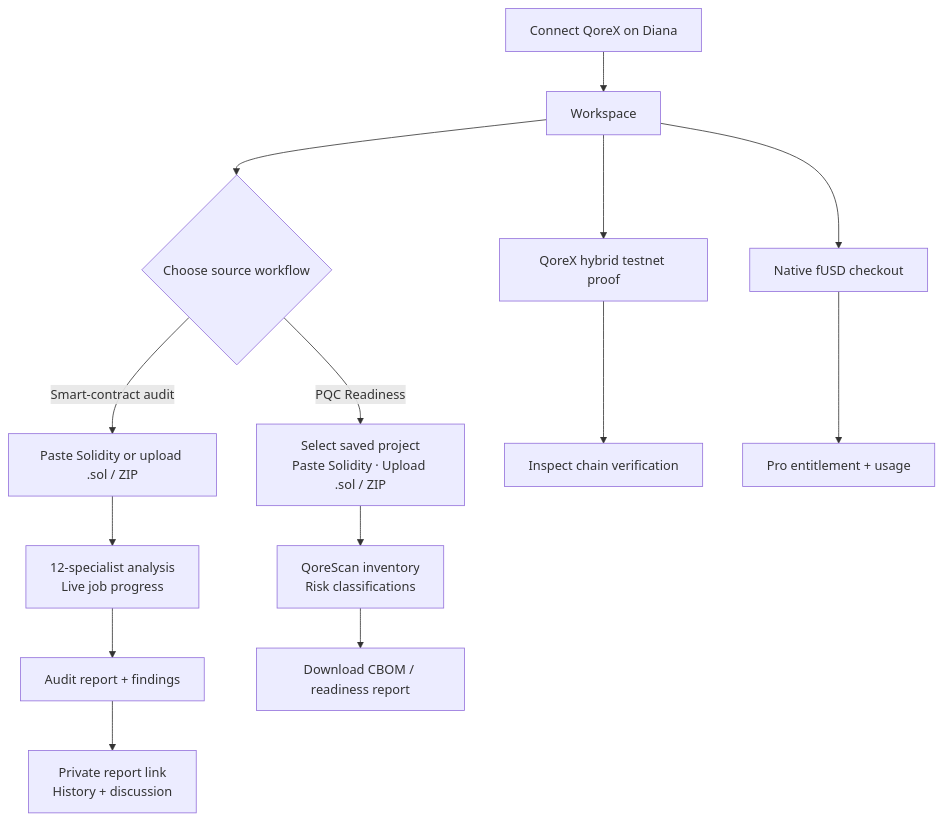
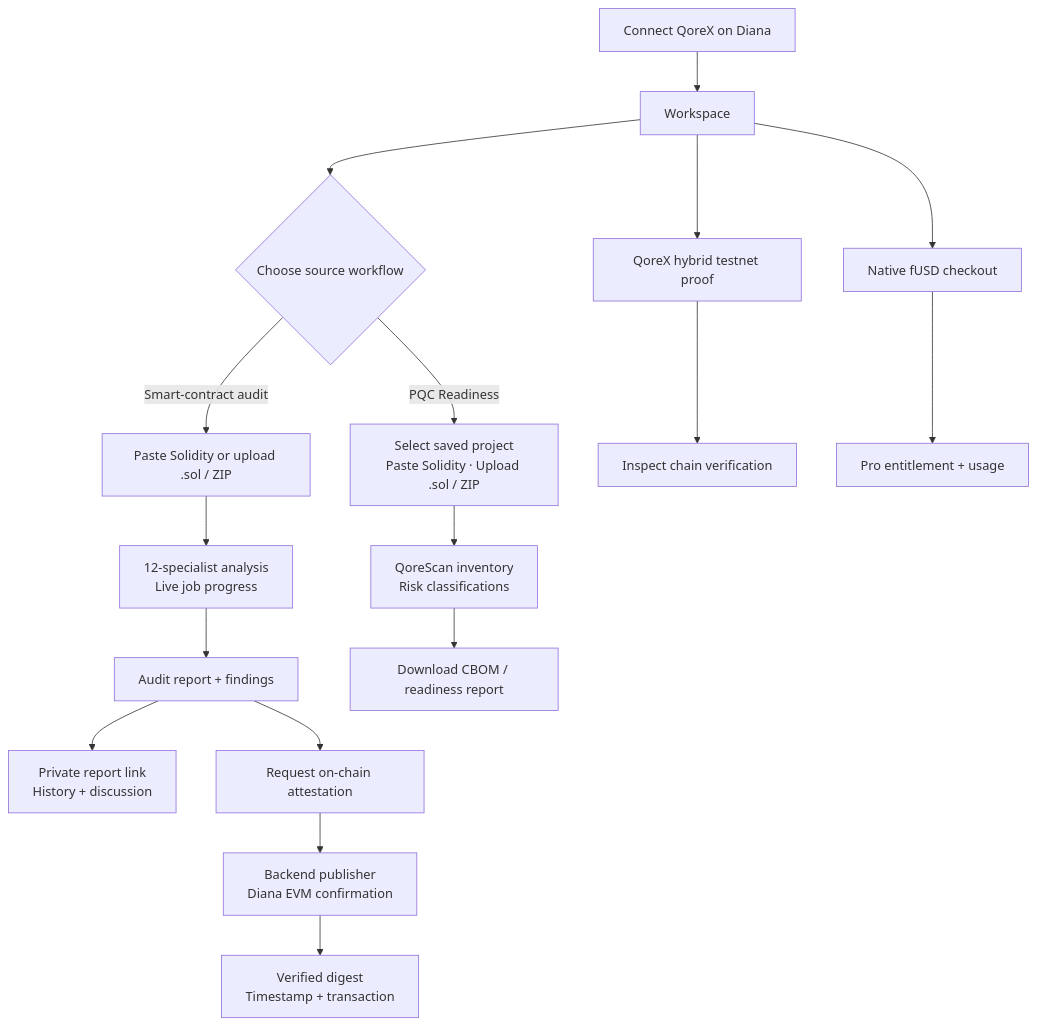
Before and after one commit to rocknwa/qoresentinel: the diagram in frontend/README.md, drawn with Mermaid. The commit also changed other lines of this file, not shown here.

Commit message:
docs(frontend): describe Diana attestation UI, status recovery and verified transaction

````diff
--- a/frontend/README.md
+++ b/frontend/README.md
@@ -14,16 +14,19 @@
 ```mermaid
 flowchart TD
     CONNECT["Connect QoreX on Diana"] --> WORK["Workspace"]
     WORK --> SOURCE{"Choose source workflow"}
     SOURCE -->|"Smart-contract audit"| SUBMIT["Paste Solidity or upload .sol / ZIP"]
     SUBMIT --> JOB["12-specialist analysis<br/>Live job progress"]
     JOB --> REPORT["Audit report + findings"]
     REPORT --> HISTORY["Private report link<br/>History + discussion"]
+    REPORT --> ATTEST["Request on-chain attestation"]
+    ATTEST --> CONFIRM["Backend publisher<br/>Diana EVM confirmation"]
+    CONFIRM --> EVIDENCE["Verified digest<br/>Timestamp + transaction"]
     SOURCE -->|"PQC Readiness"| PICK["Select saved project<br/>Paste Solidity · Upload .sol / ZIP"]
     PICK --> INVENTORY["QoreScan inventory<br/>Risk classifications"]
     INVENTORY --> EXPORT["Download CBOM / readiness report"]
     WORK --> PROOF["QoreX hybrid testnet proof"]
     PROOF --> VERIFY["Inspect chain verification"]
     WORK --> BILL["Native fUSD checkout"]
     BILL --> PLAN["Pro entitlement + usage"]
 ```
````
